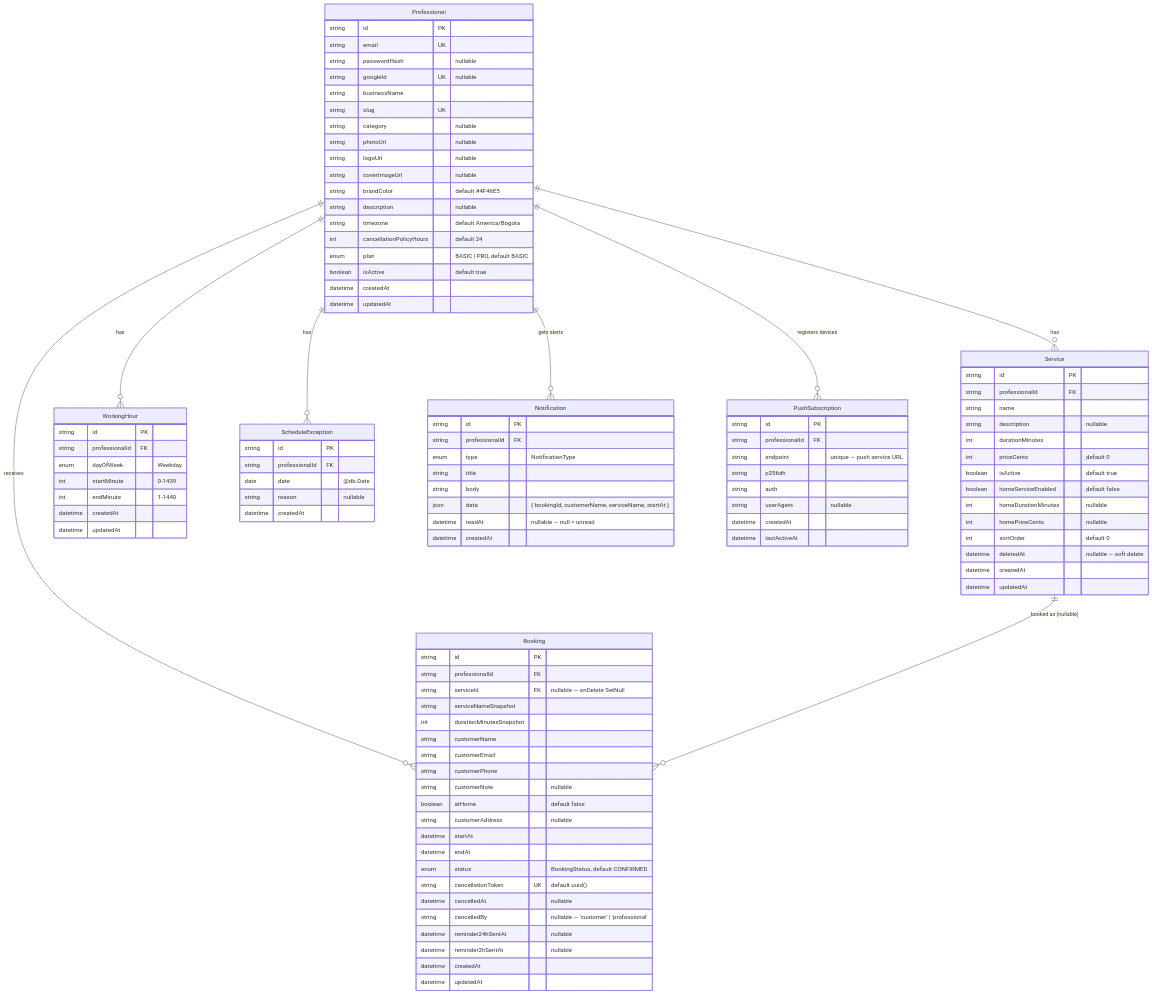
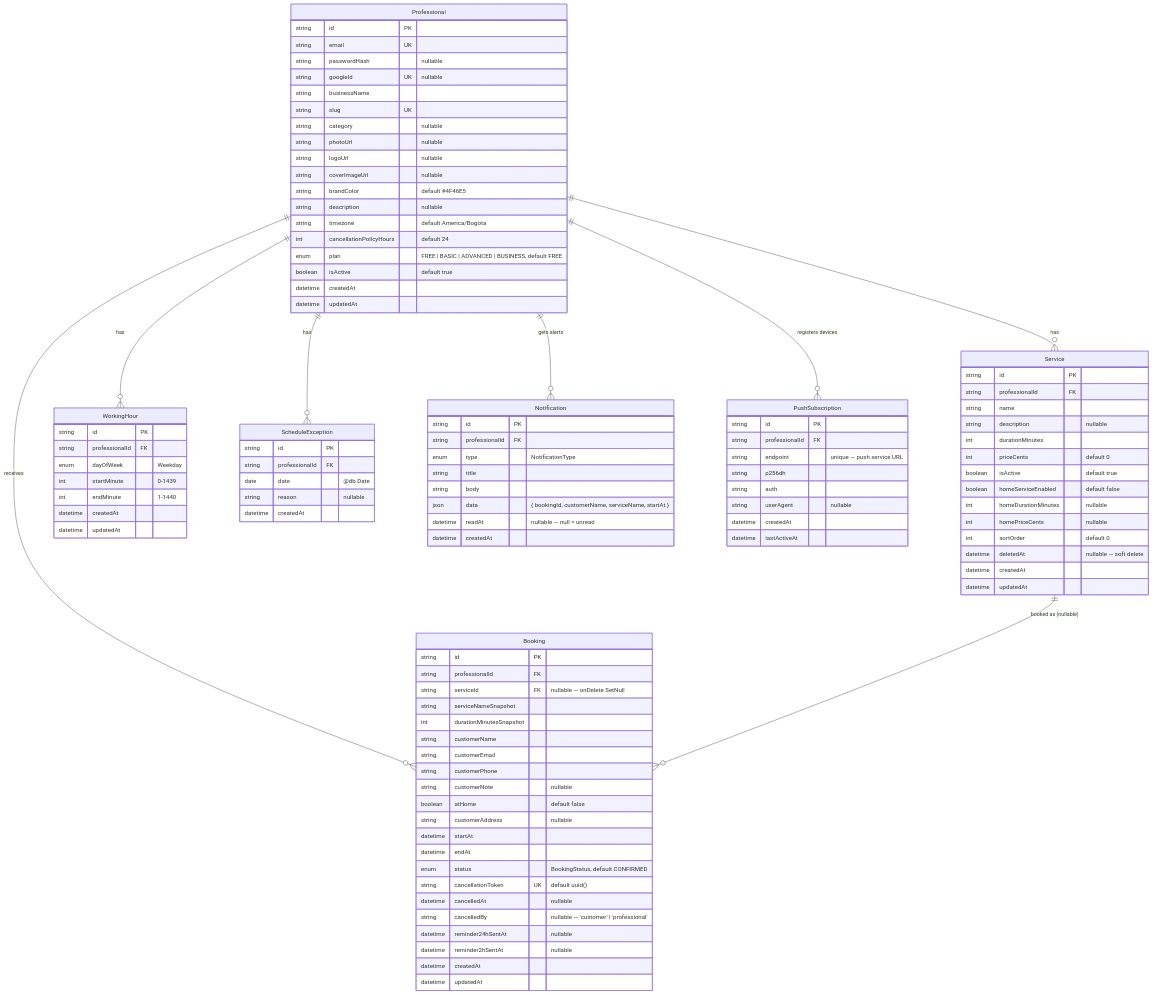
Before and after one commit to Emberalab/Agendya: the diagram in docs/src/content/docs/en/database/er-model.md, drawn with Mermaid. The commit also changed other lines of this file and 60 other files, not shown here.

```diff
--- a/docs/src/content/docs/en/database/er-model.md
+++ b/docs/src/content/docs/en/database/er-model.md
@@ -33,7 +33,7 @@
     string description "nullable"
     string timezone "default America/Bogota"
     int cancellationPolicyHours "default 24"
-    enum plan "BASIC | PRO, default BASIC"
+    enum plan "FREE | BASIC | ADVANCED | BUSINESS, default FREE"
     boolean isActive "default true"
     datetime createdAt
     datetime updatedAt
```
